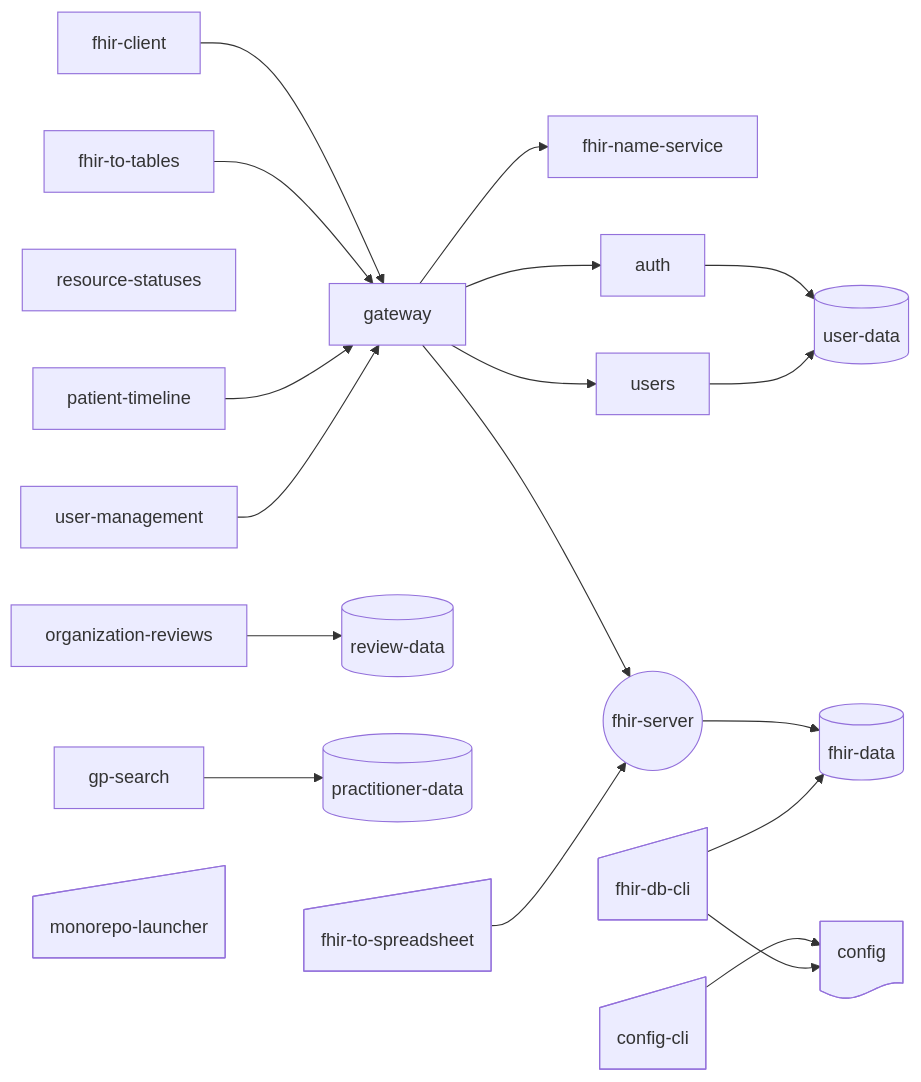
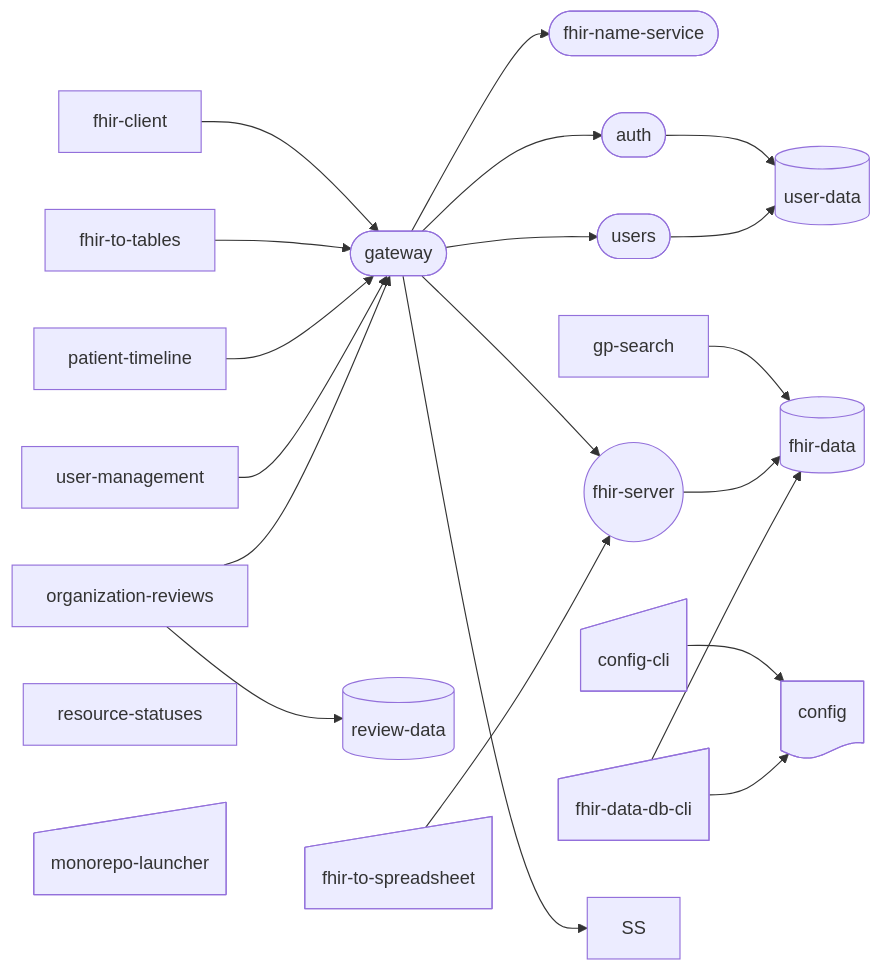
Before and after one commit to willemverbuyst/fhir-placeholder-api: the diagram in README.md, drawn with Mermaid. The commit also changed other lines of this file and 1 other file, not shown here.

````diff
--- a/README.md
+++ b/README.md
@@ -39,47 +39,47 @@
 ```mermaid
 flowchart LR
-    FNS[fhir-name-service]
+    FNS@{shape: stadium, label: fhir-name-service}
     FS@{shape: circle, label: fhir-server}
     PT@{shape: rect, label: patient-timeline}
-    A[auth]
-    U[users]
-    G[gateway]
+    A@{shape: stadium, label: auth}
+    U@{shape: stadium, label: users}
+    G@{shape: stadium, label: gateway}
   
+    RDB@{shape: cyl, label: review-data}
     UDB@{shape: cyl, label: user-data}
     DB@{shape: cyl, label: fhir-data}
-    RDB@{shape: cyl, label: review-data}
-    PDB@{shape: cyl, label: practitioner-data}
+    C@{shape: doc, label: config}
   
-    FTS@{shape: sl-rect, label: fhir-to-spreadsheet}
     GPS@{shape: rect, label: gp-search}
-    RS@{shape: rect, label: resource-statuses}
     OR@{shape: rect, label: organization-reviews}
     FC@{shape: rect, label: fhir-client}
     FTT@{shape: rect, label: fhir-to-tables}
     UM@{shape: rect, label: user-management}
-    
+    RS@{shape: rect, label: resource-statuses}
+
+    CS@{shape: sl-rect,label: config-cli}
     ML@{shape: sl-rect, label: monorepo-launcher}
-    FDC@{shape: sl-rect, label: fhir-db-cli}
-    CS@{shape: sl-rect,label: config-cli}
-    C@{shape: doc, label: config}
-  
-  
-  GPS --> PDB
+    FTS@{shape: sl-rect, label: fhir-to-spreadsheet}
+    FDC@{shape: sl-rect, label: fhir-data-db-cli}
+
+  GPS --> DB
   FS --> DB
+  FDC --> DB
   CS --> C
-  FDC --> DB
   FDC --> C
   FC --> G
   FTT --> G
   PT --> G
   UM --> G
+  OR --> G
   G --> U
   G --> A
   G --> FS
+  G --> SS
   A --> UDB
   U --> UDB
   OR --> RDB
   G --> FNS
   FTS -->FS
   
 ```
````
